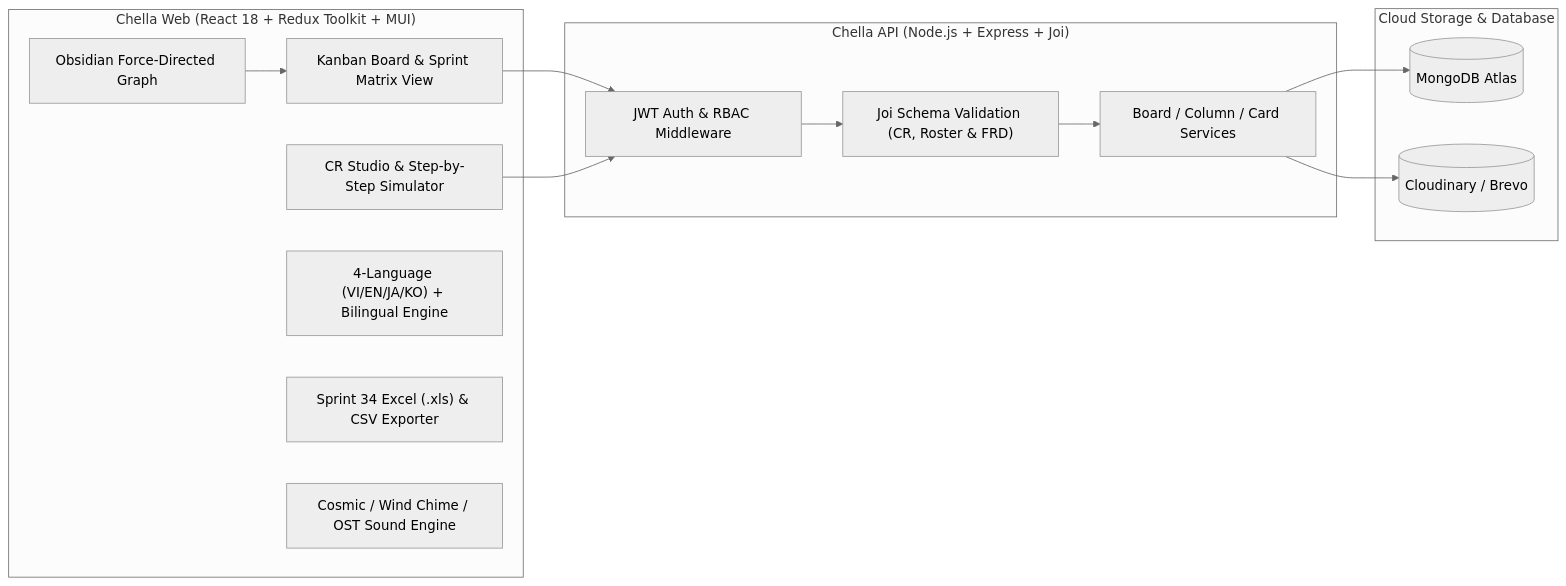
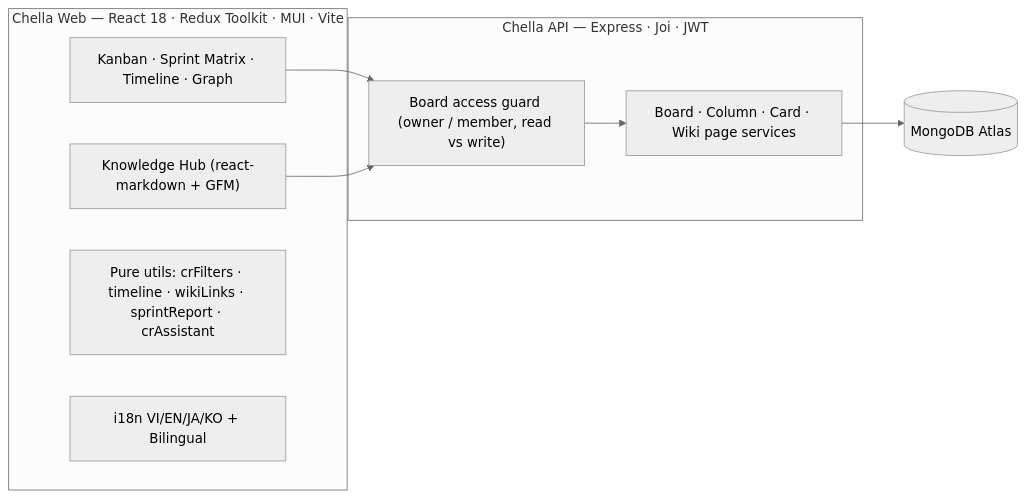
One commit to phuckid28/chello-web changed the second of 2 diagrams in README.md. Above: the diagram before and after it, drawn with Mermaid (neutral theme). The commit also changed other lines of this file and 71 other files, not shown here.

Commit message:
feat: release Chella v5.0.0 with Knowledge Hub, Timeline view, quick filters, sprint report, CR assistant, priority, code splitting and optimized assets

````diff
--- a/README.md
+++ b/README.md
@@ -78,28 +87,17 @@
 ```mermaid
 flowchart LR
-  subgraph Client["Chella Web (React 18 + Redux Toolkit + MUI)"]
-    UI["Kanban Board & Sprint Matrix View"]
-    GRAPH["Obsidian Force-Directed Graph"]
-    STUDIO["CR Studio & Step-by-Step Simulator"]
-    I18N["4-Language (VI/EN/JA/KO) + Bilingual Engine"]
-    XLS["Sprint 34 Excel (.xls) & CSV Exporter"]
-    AUDIO["Cosmic / Wind Chime / OST Sound Engine"]
+  subgraph Client["Chella Web — React 18 · Redux Toolkit · MUI · Vite"]
+    VIEWS["Kanban · Sprint Matrix · Timeline · Graph"]
+    HUB["Knowledge Hub (react-markdown + GFM)"]
+    UTILS["Pure utils: crFilters · timeline · wikiLinks · sprintReport · crAssistant"]
+    I18N["i18n VI/EN/JA/KO + Bilingual"]
   end
-
-  subgraph Server["Chella API (Node.js + Express + Joi)"]
-    AUTH["JWT Auth & RBAC Middleware"]
-    VAL["Joi Schema Validation (CR, Roster & FRD)"]
-    SVC["Board / Column / Card Services"]
+  subgraph Server["Chella API — Express · Joi · JWT"]
+    ACCESS["Board access guard (owner / member, read vs write)"]
+    SVC["Board · Column · Card · Wiki page services"]
   end
-
-  subgraph DB["Cloud Storage & Database"]
-    MONGO[("MongoDB Atlas")]
-    CLD[("Cloudinary / Brevo")]
-  end
-
-  UI --> AUTH
-  GRAPH --> UI
-  STUDIO --> AUTH
-  AUTH --> VAL --> SVC --> MONGO
-  SVC --> CLD
+  MONGO[("MongoDB Atlas")]
+  VIEWS --> ACCESS
+  HUB --> ACCESS
+  ACCESS --> SVC --> MONGO
 ```
````
